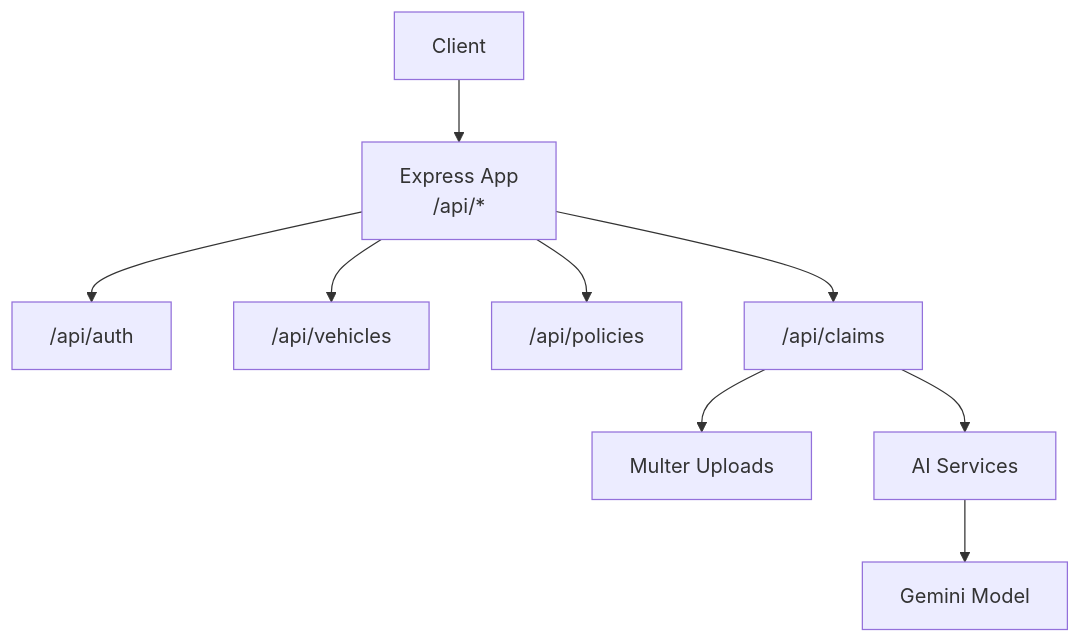
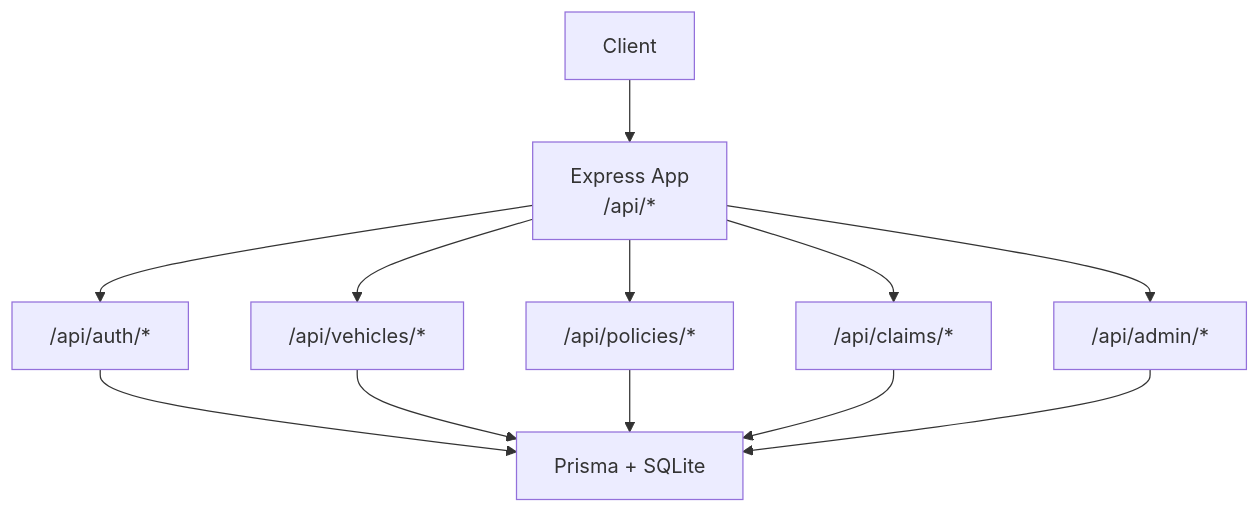
Before and after one commit to NaveenHiranya/Smart-Vehicle-Insurance-Claim-System: the first of 3 diagrams in .qoder/repowiki/en/content/API Reference/API Reference.md, drawn with Mermaid. The commit also changed other lines of this file and 183 other files, not shown here.

````diff
--- a/.qoder/repowiki/en/content/API Reference/API Reference.md
+++ b/.qoder/repowiki/en/content/API Reference/API Reference.md
@@ -43,11 +35,14 @@
 ```mermaid
 graph TB
-Client["Client"] --> App["Express App<br/>/api/*"]
-App --> AuthRoutes["/api/auth"]
-App --> VehicleRoutes["/api/vehicles"]
-App --> PolicyRoutes["/api/policies"]
-App --> ClaimRoutes["/api/claims"]
-ClaimRoutes --> UploadMW["Multer Uploads"]
-ClaimRoutes --> Services["AI Services"]
-Services --> Gemini["Gemini Model"]
+Client["Client"] --> API["Express App<br/>/api/*"]
+API --> AuthRoutes["/api/auth/*"]
+API --> VehicleRoutes["/api/vehicles/*"]
+API --> PolicyRoutes["/api/policies/*"]
+API --> ClaimRoutes["/api/claims/*"]
+API --> AdminRoutes["/api/admin/*"]
+AuthRoutes --> DB["Prisma + SQLite"]
+VehicleRoutes --> DB
+PolicyRoutes --> DB
+ClaimRoutes --> DB
+AdminRoutes --> DB
 ```
````
